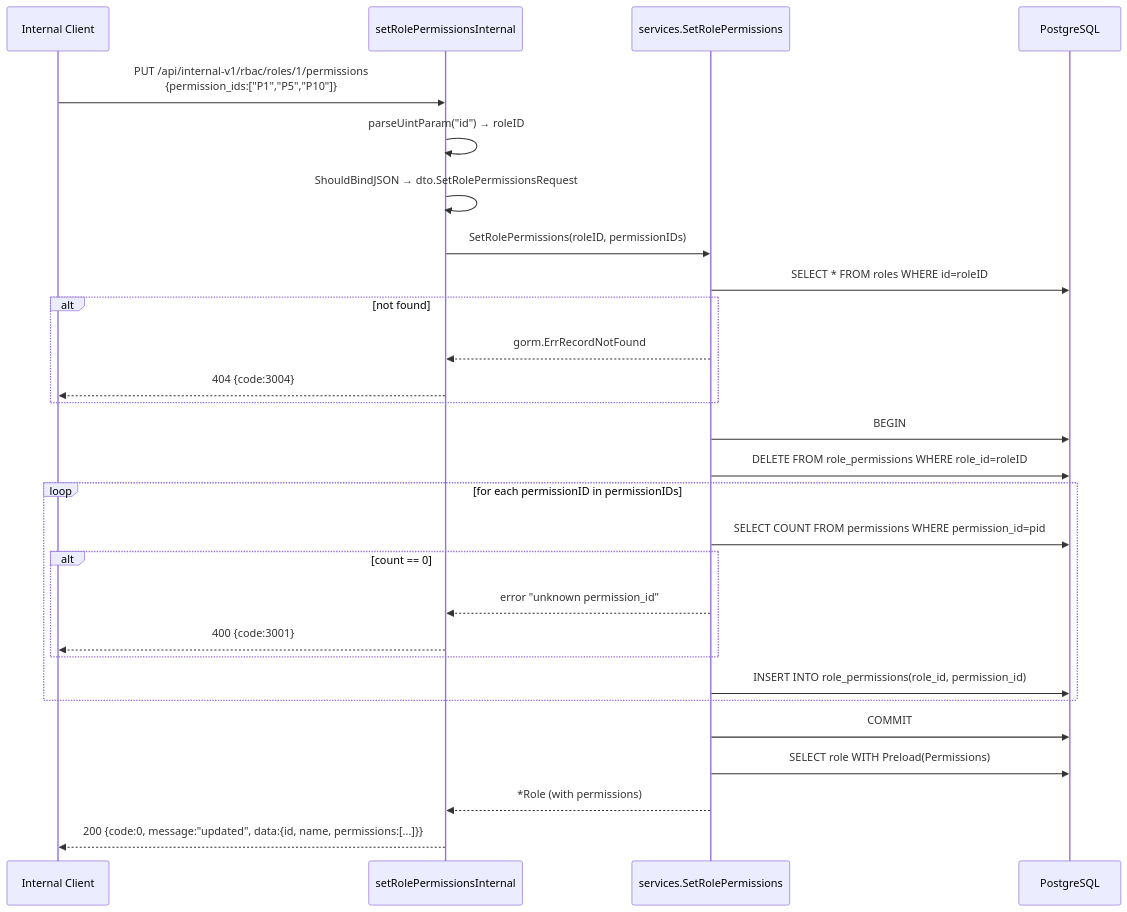
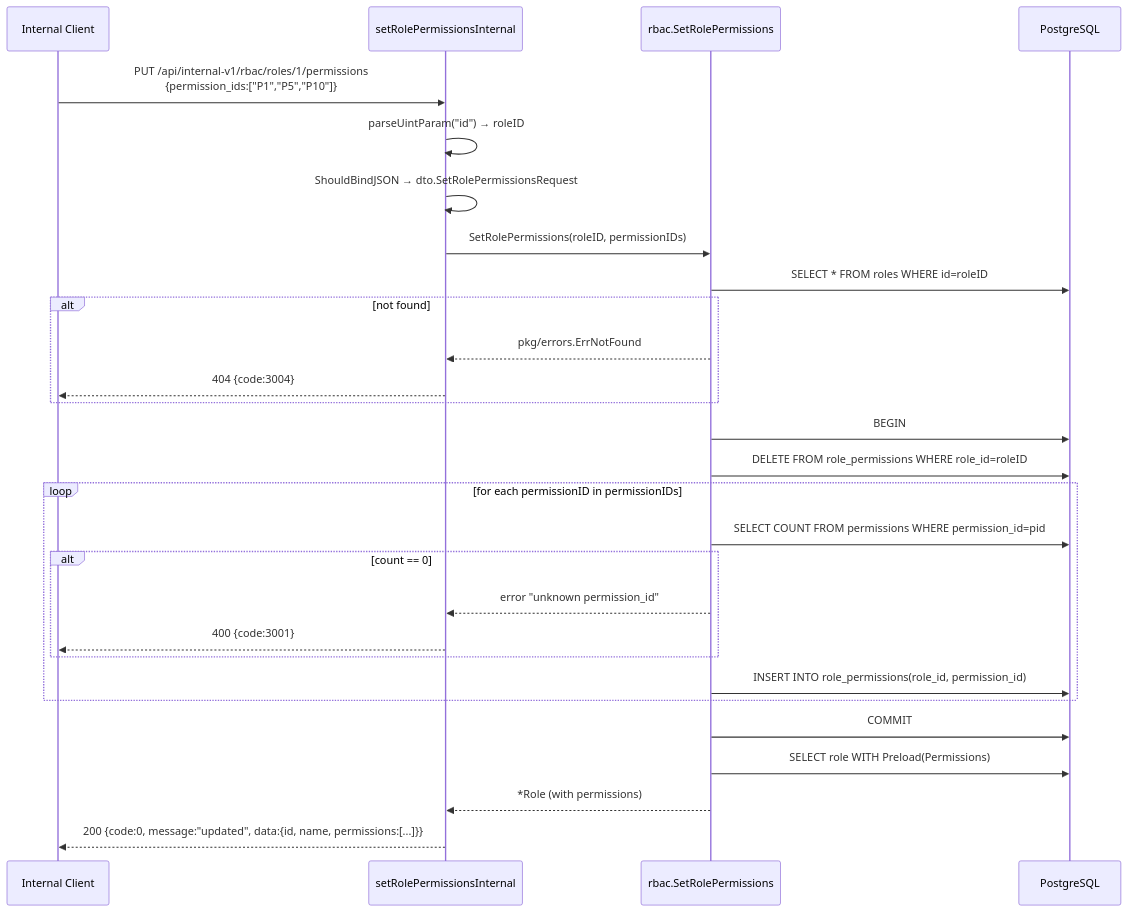
One commit to lkienkle11/be-mycourse changed diagram 17 of 23 in docs/sequence_diagrams.md. Above: the diagram before and after it, drawn with Mermaid. The commit also changed other lines of this file and 19 other files, not shown here.

Commit message:
docs: align architecture and module docs with package refactor

````diff
--- a/docs/sequence_diagrams.md
+++ b/docs/sequence_diagrams.md
@@ -730,34 +730,34 @@
 ```mermaid
 sequenceDiagram
     participant C as Internal Client
     participant H as setRolePermissionsInternal
-    participant SVC as services.SetRolePermissions
+    participant SVC as rbac.SetRolePermissions
     participant DB as PostgreSQL
 
     C->>H: PUT /api/internal-v1/rbac/roles/1/permissions<br/>{permission_ids:["P1","P5","P10"]}
     H->>H: parseUintParam("id") → roleID
     H->>H: ShouldBindJSON → dto.SetRolePermissionsRequest
     H->>SVC: SetRolePermissions(roleID, permissionIDs)
 
     SVC->>DB: SELECT * FROM roles WHERE id=roleID
     alt not found
-        SVC-->>H: gorm.ErrRecordNotFound
+        SVC-->>H: pkg/errors.ErrNotFound
         H-->>C: 404 {code:3004}
     end
 
     SVC->>DB: BEGIN
     SVC->>DB: DELETE FROM role_permissions WHERE role_id=roleID
     loop for each permissionID in permissionIDs
         SVC->>DB: SELECT COUNT FROM permissions WHERE permission_id=pid
         alt count == 0
             SVC-->>H: error "unknown permission_id"
             H-->>C: 400 {code:3001}
         end
         SVC->>DB: INSERT INTO role_permissions(role_id, permission_id)
     end
     SVC->>DB: COMMIT
 
     SVC->>DB: SELECT role WITH Preload(Permissions)
     SVC-->>H: *Role (with permissions)
     H-->>C: 200 {code:0, message:"updated", data:{id, name, permissions:[...]}}
 ```
````
